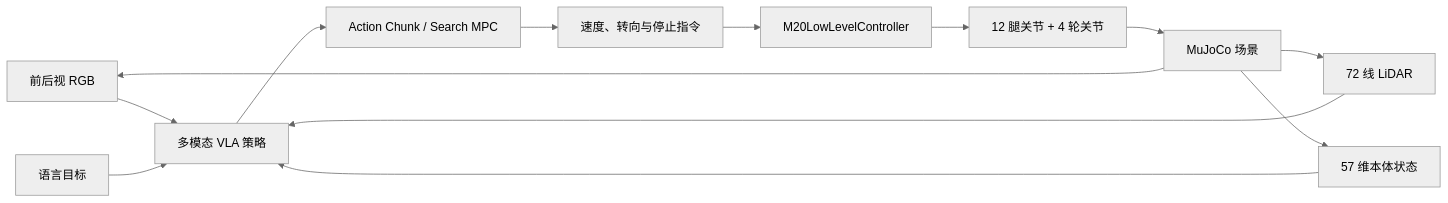
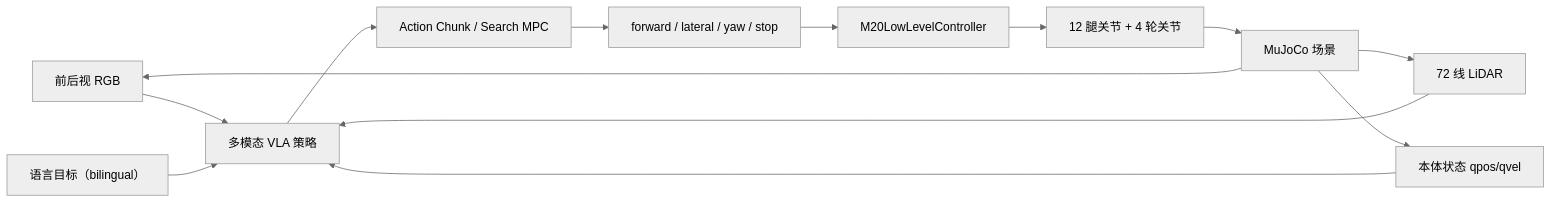
Before and after one commit to ghw1048040694/m20pro-vla: the diagram in README.md, drawn with Mermaid (neutral theme). The commit also changed other lines of this file and 53 other files, not shown here.

First line of the commit message:
docs: 刷新公开快照 —— 新增 S2/S3 场景截图与最新 VLA 流水线

````diff
--- a/README.md
+++ b/README.md
@@ -35,15 +67,15 @@
 ```mermaid
 flowchart LR
     A["前后视 RGB"] --> E["多模态 VLA 策略"]
     B["72 线 LiDAR"] --> E
-    C["57 维本体状态"] --> E
-    D["语言目标"] --> E
+    C["本体状态 qpos/qvel"] --> E
+    D["语言目标（bilingual）"] --> E
     E --> F["Action Chunk / Search MPC"]
-    F --> G["速度、转向与停止指令"]
+    F --> G["forward / lateral / yaw / stop"]
     G --> H["M20LowLevelController"]
     H --> I["12 腿关节 + 4 轮关节"]
     I --> J["MuJoCo 场景"]
     J --> A
     J --> B
     J --> C
 ```
````
